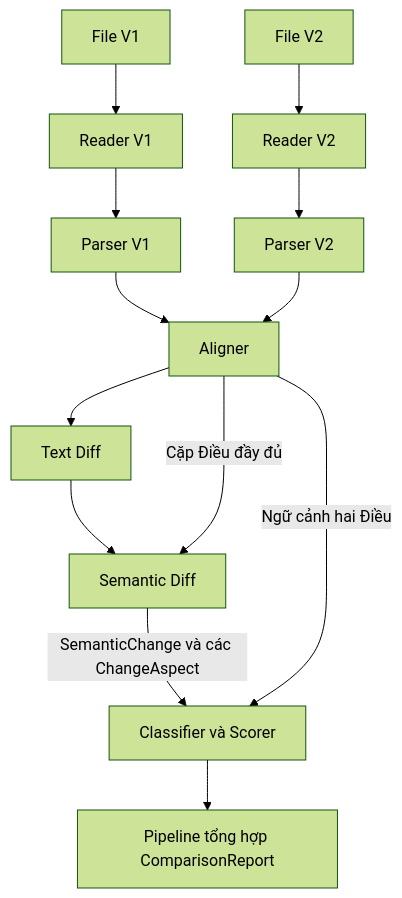
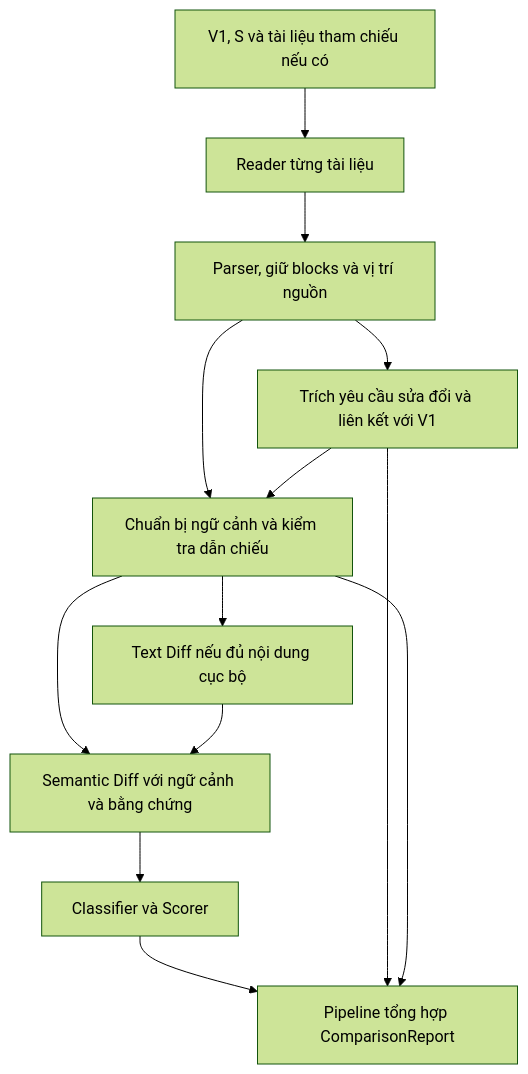
One commit to Lyra1603/group4_legal_document_change_detection changed the second of 2 diagrams in docs/architecture.md. Above: the diagram before and after it, drawn with Mermaid (forest theme). The commit also changed other lines of this file and 7 other files, not shown here.

````diff
--- a/docs/architecture.md
+++ b/docs/architecture.md
@@ -103,15 +94,15 @@
 ```mermaid
 flowchart TD
-    V1["File V1"] --> R1["Reader V1"]
-    V2["File V2"] --> R2["Reader V2"]
-    R1 --> P1["Parser V1"]
-    R2 --> P2["Parser V2"]
-    P1 --> A["Aligner"]
-    P2 --> A
-    A --> T["Text Diff"]
-    T --> S["Semantic Diff"]
-    A -->|"Cặp Điều đầy đủ"| S
-    S -->|"SemanticChange và các ChangeAspect"| C["Classifier và Scorer"]
-    A -->|"Ngữ cảnh hai Điều"| C
+    INPUT["V1, S và tài liệu tham chiếu nếu có"] --> R["Reader từng tài liệu"]
+    R --> P["Parser, giữ blocks và vị trí nguồn"]
+    P --> A["Trích yêu cầu sửa đổi và liên kết với V1"]
+    P --> K["Chuẩn bị ngữ cảnh và kiểm tra dẫn chiếu"]
+    A --> K
+    K --> T["Text Diff nếu đủ nội dung cục bộ"]
+    K --> S["Semantic Diff với ngữ cảnh và bằng chứng"]
+    T --> S
+    S --> C["Classifier và Scorer"]
     C --> REPORT["Pipeline tổng hợp ComparisonReport"]
+    A --> REPORT
+    K --> REPORT
 ```
````
